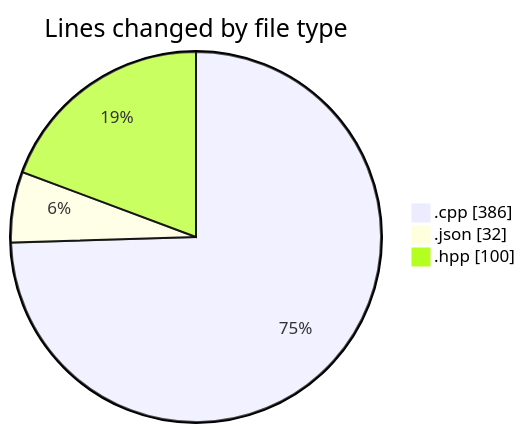
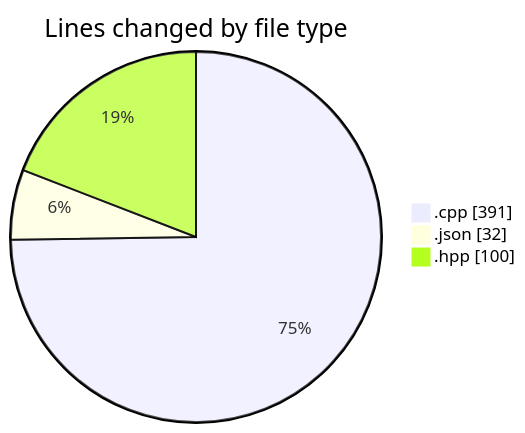
The first of 2 diagrams in 2025-04-23/echo/README.md (Netris89/code-tracking), drawn with Mermaid before and after one commit. The commit also changed other lines of this file and 1 other file, not shown here.

````diff
--- a/2025-04-23/echo/README.md
+++ b/2025-04-23/echo/README.md
@@ -22,7 +22,7 @@
 ```mermaid
 pie showData
 title Lines changed by file type
-".cpp" : 386
+".cpp" : 391
 ".json" : 32
 ".hpp" : 100
 ```
````
